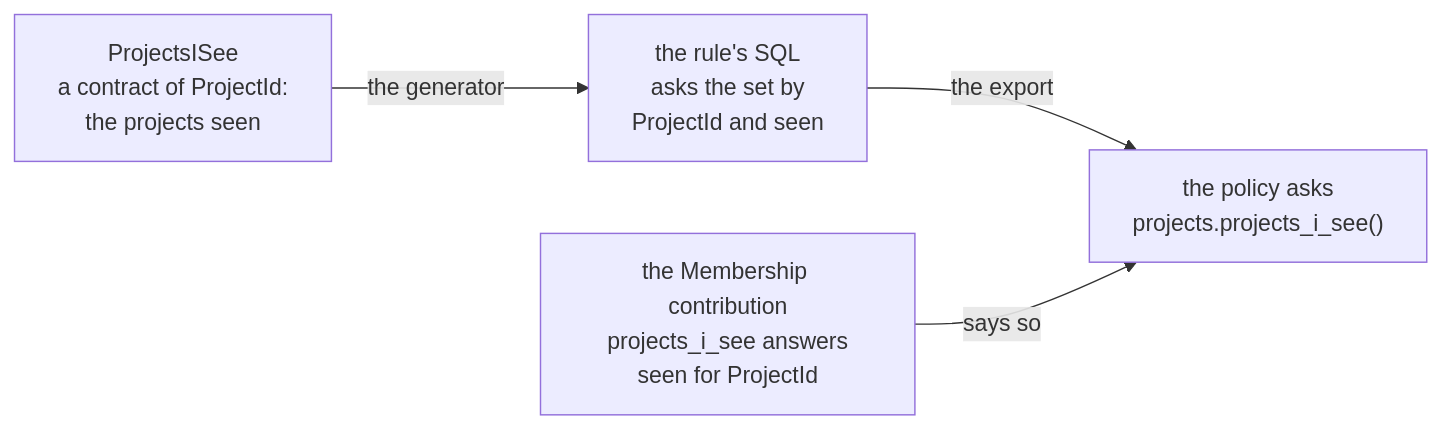
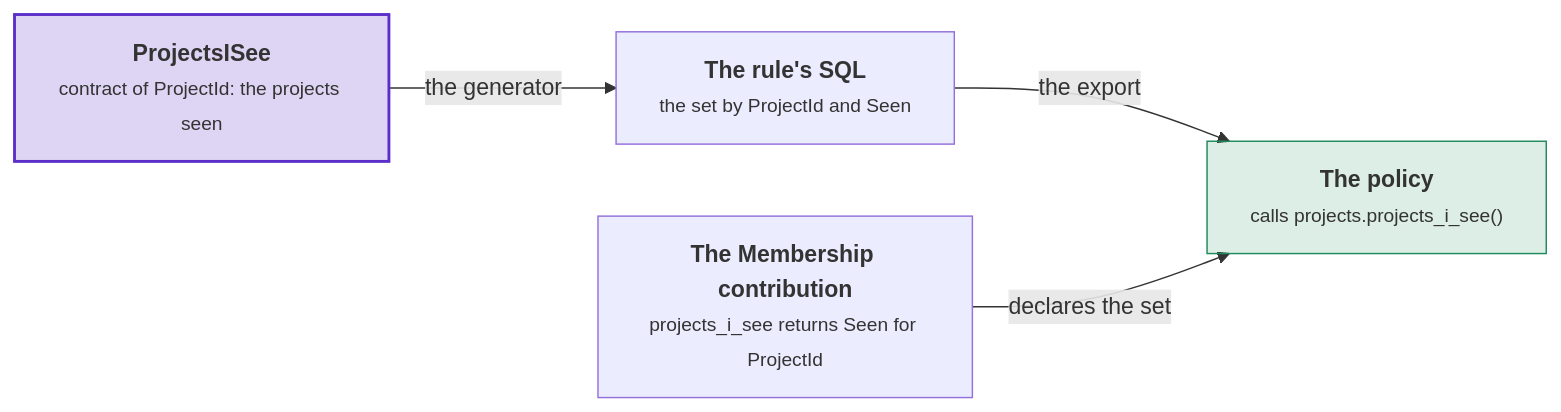
Before and after one commit to DylanSnel/DDDToolkit: the ninth of 14 diagrams in docs/row-level-security.md, drawn with Mermaid. The commit also changed other lines of this file and 41 other files, not shown here.

First line of the commit message:
Docs: plain prose, one word per concept, and readable diagrams on every page

````diff
--- a/docs/row-level-security.md
+++ b/docs/row-level-security.md
@@ -1499,6 +1679,14 @@
 ```mermaid
 flowchart LR
-    Contract["ProjectsISee<br/>a contract of ProjectId:<br/>the projects seen"] -->|"the generator"| Rule["the rule's SQL<br/>asks the set by<br/>ProjectId and seen"]
-    Rule -->|"the export"| Policy["the policy asks<br/>projects.projects_i_see()"]
-    Answer["the Membership contribution<br/>projects_i_see answers<br/>seen for ProjectId"] -->|"says so"| Policy
+    contract["<b>ProjectsISee</b><br/><small>contract of ProjectId: the projects seen</small>"]
+    rule["<b>The rule's SQL</b><br/><small>the set by ProjectId and Seen</small>"]
+    answer["<b>The Membership contribution</b><br/><small>projects_i_see returns Seen for ProjectId</small>"]
+    policy["<b>The policy</b><br/><small>calls projects.projects_i_see()</small>"]
+    contract -->|"the generator"| rule
+    rule -->|"the export"| policy
+    answer -->|"declares the set"| policy
+    classDef strong fill:#5b2ec933,stroke:#5b2ec9,stroke-width:2px
+    classDef good fill:#1f8a5b26,stroke:#1f8a5b
+    class contract strong
+    class policy good
 ```
````
